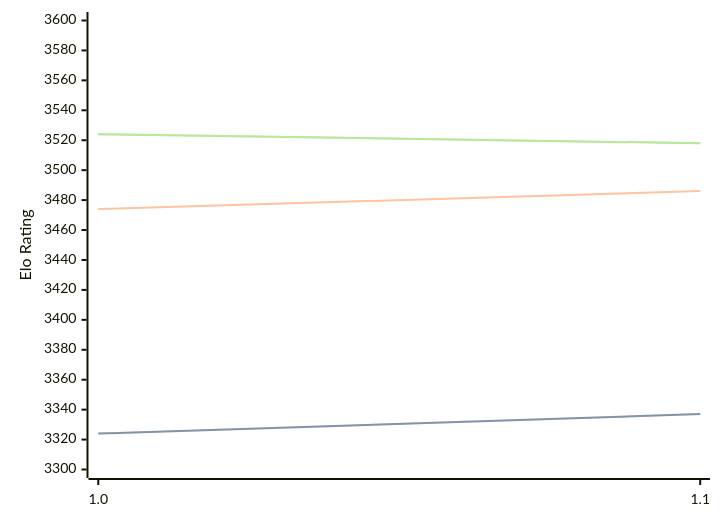
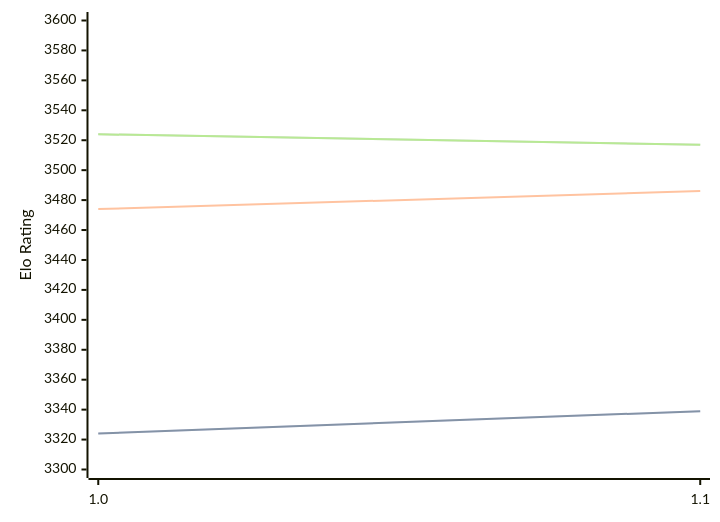
Before and after one commit to computer-chess-index/cci: the first of 3 diagrams in engines/Horsie.md, drawn with Mermaid. The commit also changed other lines of this file, not shown here.

Commit message:
Update CCI Ratings (ELO VLTC) - 2026-07-03

````diff
--- a/engines/Horsie.md
+++ b/engines/Horsie.md
@@ -32,11 +32,11 @@
 ```mermaid
 %%{init: {"theme":"base","themeVariables":{"seriesColors:['#a3a3a3','#222221','#faa371']}}}%%
 xychart-beta
   x-axis ["1.0", "1.1"]
   y-axis "Elo Rating" 3300 --> 3600
-  line "STC (8.0+0.08s)" [3324, 3337]
-  line "STC (8.0+0.08s)" [3324, 3337]
+  line "STC (8.0+0.08s)" [3324, 3339]
+  line "STC (8.0+0.08s)" [3324, 3339]
   line "LTC (60.0+0.60s)" [3474, 3486]
-  line "VLTC (2m24s+1.12s)" [3524, 3518]
-  line "VLTC (2m24s+1.12s)" [3524, 3518]
+  line "VLTC (2m24s+1.12s)" [3524, 3517]
+  line "VLTC (2m24s+1.12s)" [3524, 3517]
 ```
````
